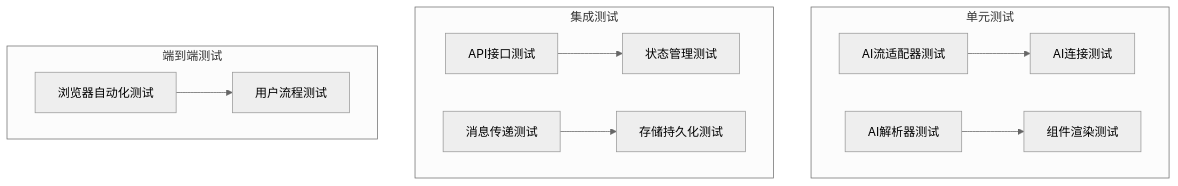
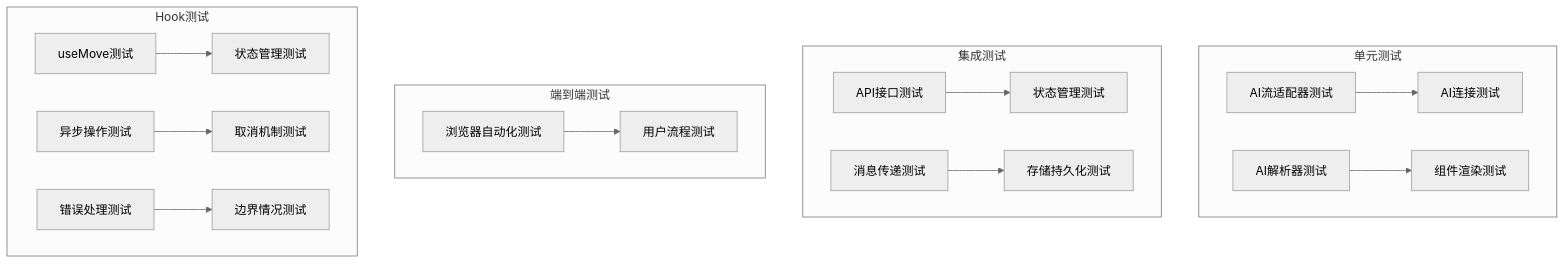
Before and after one commit to RadiumAg/bilibili-favorites: diagram 23 of 24 in .qoder/repowiki/zh/content/开发指南/React最佳实践系统.md, drawn with Mermaid (neutral theme). The commit also changed other lines of this file and 5 other files, not shown here.

````diff
--- a/.qoder/repowiki/zh/content/开发指南/React最佳实践系统.md
+++ b/.qoder/repowiki/zh/content/开发指南/React最佳实践系统.md
@@ -698,14 +852,19 @@
 ```mermaid
 graph TB
 subgraph "单元测试"
 A[AI流适配器测试] --> B[AI连接测试]
 C[AI解析器测试] --> D[组件渲染测试]
 end
 subgraph "集成测试"
 E[API接口测试] --> F[状态管理测试]
 G[消息传递测试] --> H[存储持久化测试]
 end
 subgraph "端到端测试"
 I[浏览器自动化测试] --> J[用户流程测试]
 end
+subgraph "Hook测试"
+K[useMove测试] --> L[状态管理测试]
+M[异步操作测试] --> N[取消机制测试]
+O[错误处理测试] --> P[边界情况测试]
+end
 ```
````
